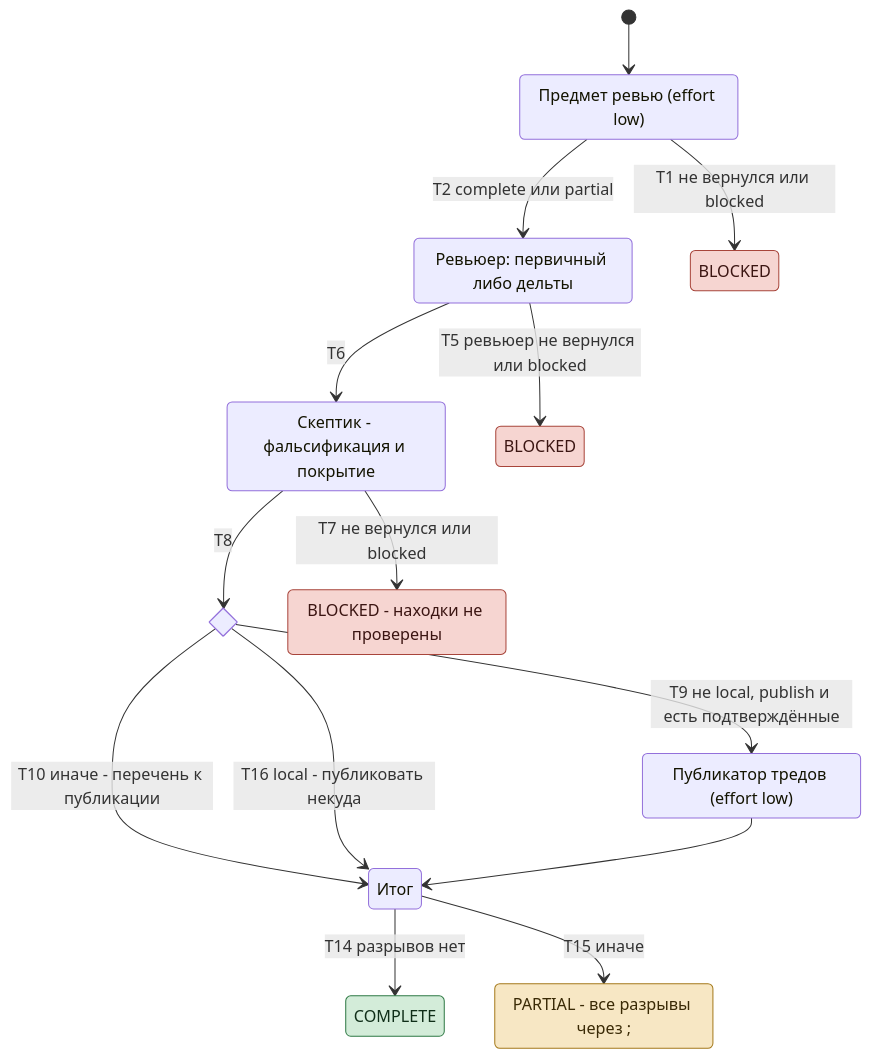
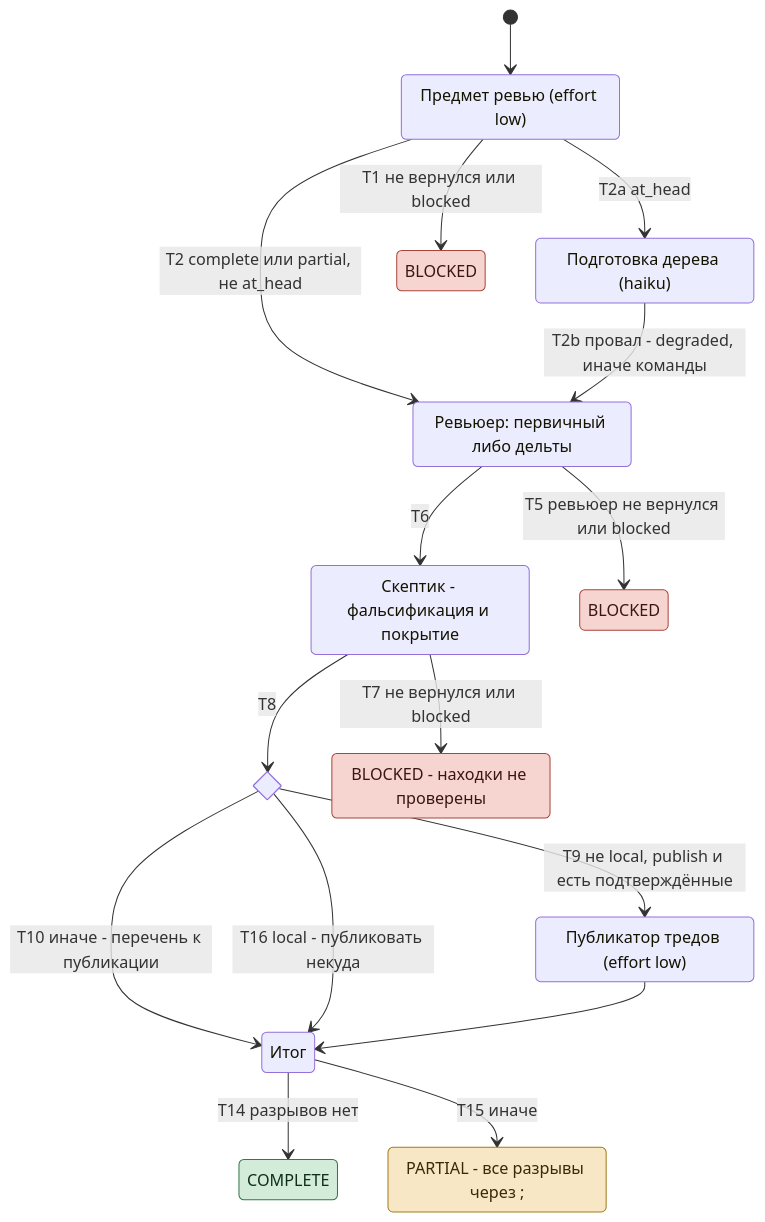
Before and after one commit to dex-it/ai-kit: the diagram in plugins/auto/docs/tracks/review.md, drawn with Mermaid. The commit also changed other lines of this file and 14 other files, not shown here.

````diff
--- a/plugins/auto/docs/tracks/review.md
+++ b/plugins/auto/docs/tracks/review.md
@@ -15,37 +15,40 @@
 ```mermaid
 stateDiagram-v2
   direction TB
   [*] --> Ctx
   state "Предмет ревью (effort low)" as Ctx
+  state "Подготовка дерева (haiku)" as Prep
   state "Ревьюер: первичный либо дельты" as Rev
   state "Скептик - фальсификация и покрытие" as Fal
   state "Публикатор тредов (effort low)" as Pub
   state "Итог" as Final
   state pubChoice <<choice>>
 
   state "BLOCKED" as B1
   state "BLOCKED" as B2
   state "BLOCKED - находки не проверены" as B3
   state "COMPLETE" as C
   state "PARTIAL - все разрывы через ;" as P1
 
   Ctx --> B1: T1 не вернулся или blocked
-  Ctx --> Rev: T2 complete или partial
+  Ctx --> Prep: T2a at_head
+  Ctx --> Rev: T2 complete или partial, не at_head
+  Prep --> Rev: T2b провал - degraded, иначе команды
   Rev --> B2: T5 ревьюер не вернулся или blocked
   Rev --> Fal: T6
   Fal --> B3: T7 не вернулся или blocked
   Fal --> pubChoice: T8
   pubChoice --> Pub: T9 не local, publish и есть подтверждённые
   pubChoice --> Final: T10 иначе - перечень к публикации
   pubChoice --> Final: T16 local - публиковать некуда
   Pub --> Final
   Final --> C: T14 разрывов нет
   Final --> P1: T15 иначе
 
   classDef stop fill:#f6d5d1,stroke:#a8453b,color:#3b1512
   classDef part fill:#f7e7c4,stroke:#a57a1c,color:#3a2a06
   classDef done fill:#d3ecd9,stroke:#2f7a45,color:#0f2e18
   class B1,B2,B3 stop
   class P1 part
   class C done
 ```
````
